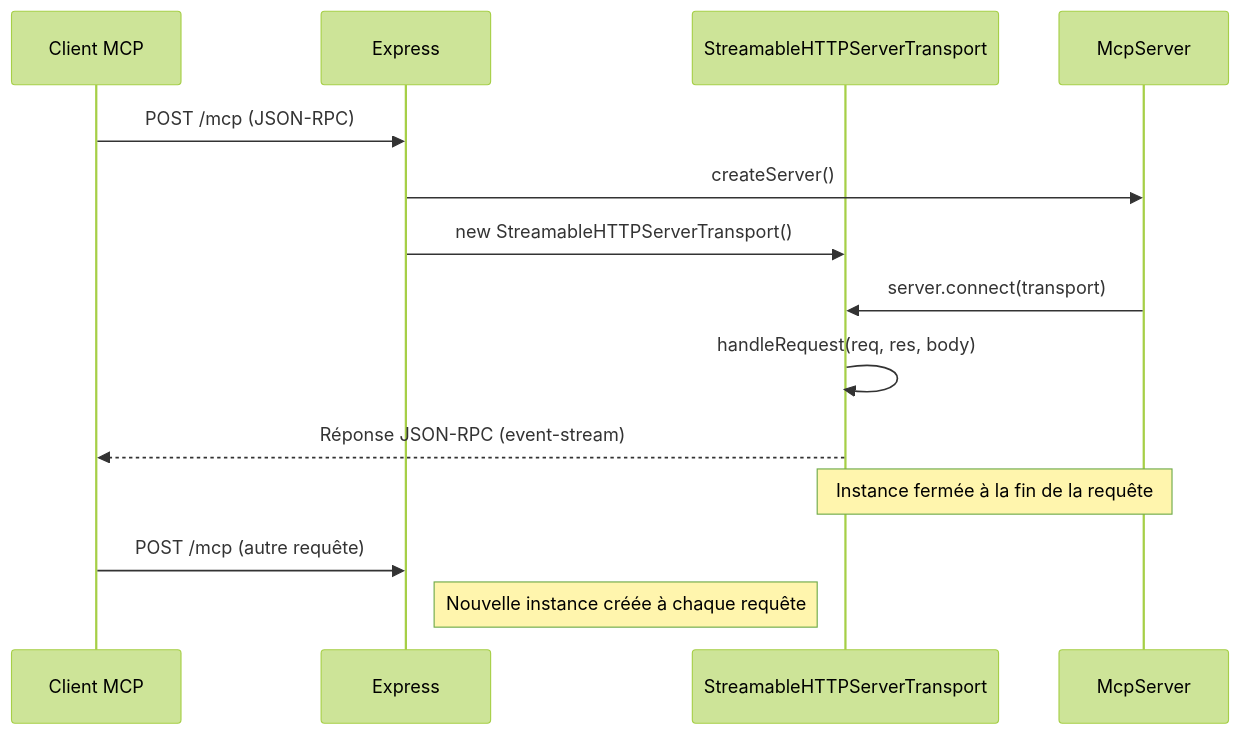
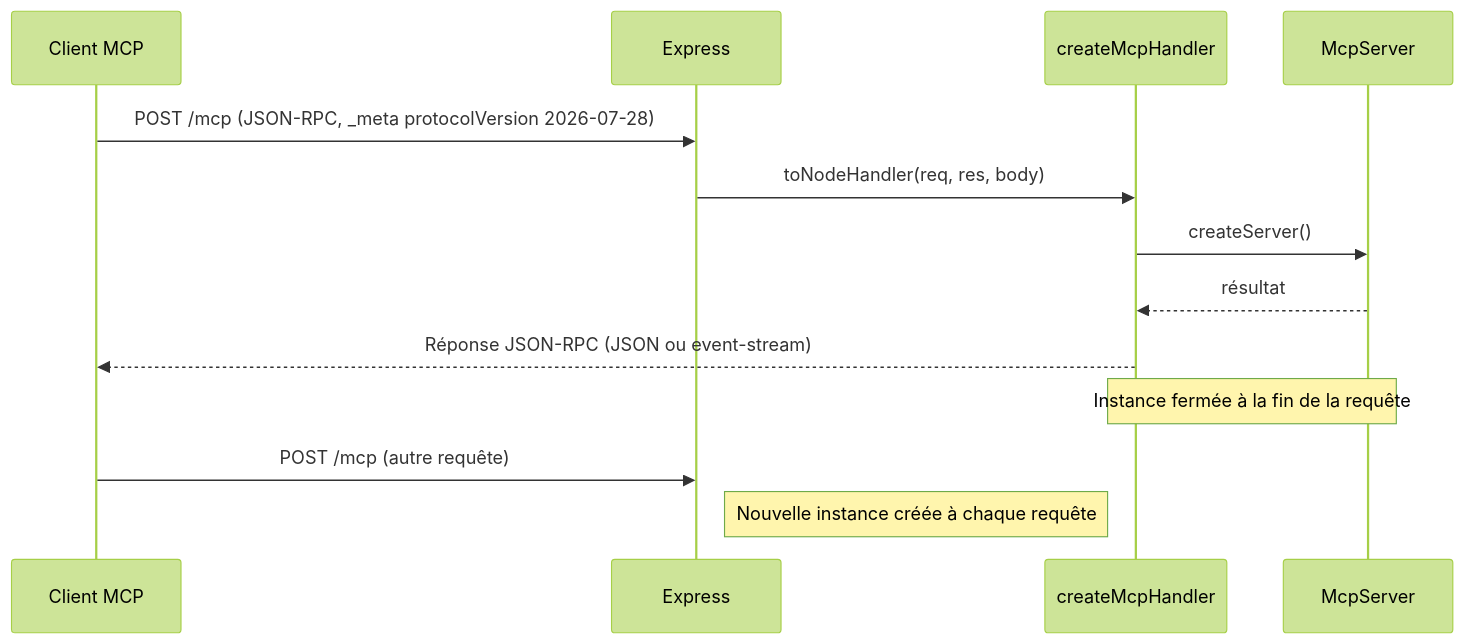
Before and after one commit to MAIF/risques-majeurs-mcp: the third of 4 diagrams in documentation/docs/architecture.mdx, drawn with Mermaid (forest theme). The commit also changed other lines of this file and 9 other files, not shown here.

````diff
--- a/documentation/docs/architecture.mdx
+++ b/documentation/docs/architecture.mdx
@@ -107,17 +114,16 @@
 ```mermaid
 sequenceDiagram
     participant C as Client MCP
     participant E as Express
-    participant T as StreamableHTTPServerTransport
+    participant H as createMcpHandler
     participant S as McpServer
 
-    C->>E: POST /mcp (JSON-RPC)
-    E->>S: createServer()
-    E->>T: new StreamableHTTPServerTransport()
-    S->>T: server.connect(transport)
-    T->>T: handleRequest(req, res, body)
-    T-->>C: Réponse JSON-RPC (event-stream)
-    Note over T,S: Instance fermée à la fin de la requête
+    C->>E: POST /mcp (JSON-RPC, _meta protocolVersion 2026-07-28)
+    E->>H: toNodeHandler(req, res, body)
+    H->>S: createServer()
+    S-->>H: résultat
+    H-->>C: Réponse JSON-RPC (JSON ou event-stream)
+    Note over H,S: Instance fermée à la fin de la requête
     C->>E: POST /mcp (autre requête)
     Note right of E: Nouvelle instance créée à chaque requête
 ```
````
